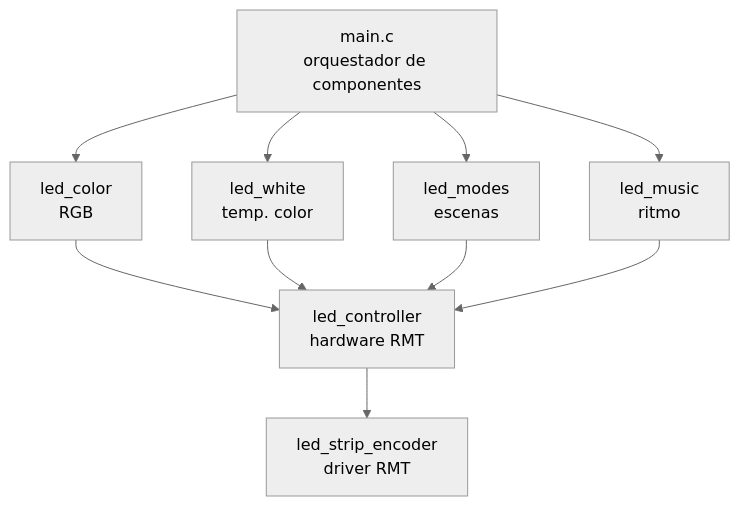
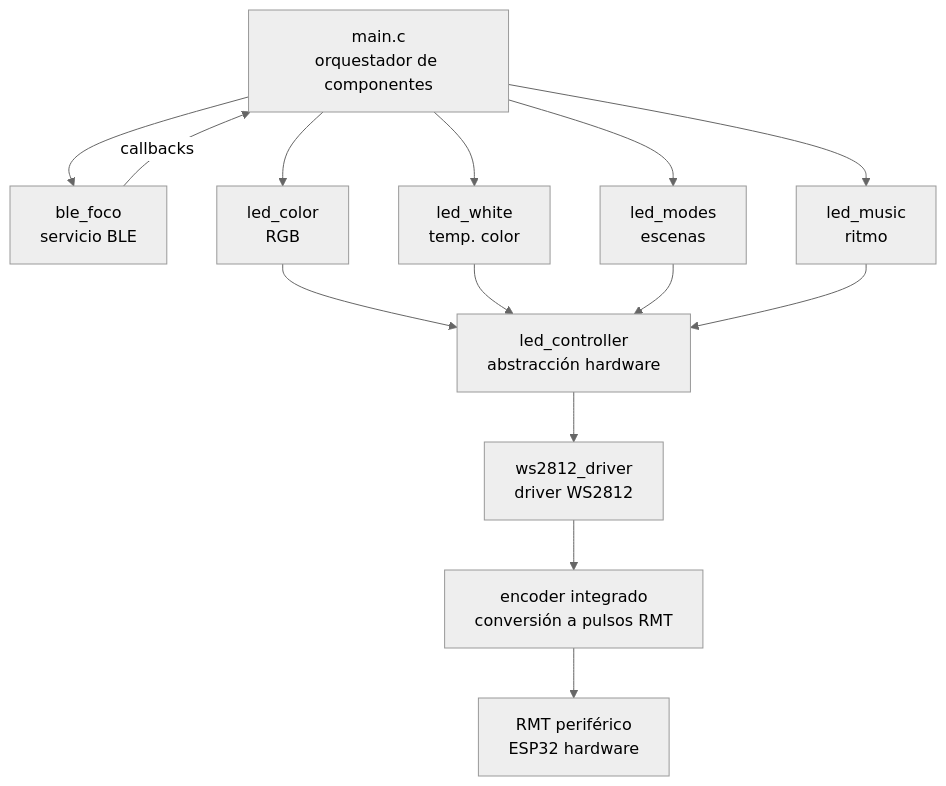
One commit to Rotronica/Lampara_Smart changed the diagram in README.md. Above: the diagram before and after it, drawn with Mermaid (neutral theme). The commit also changed other lines of this file and 12 other files, not shown here.

````diff
--- a/README.md
+++ b/README.md
@@ -29,14 +31,21 @@
 ```mermaid
 graph TD
-    main[main.c<br/>orquestador de componentes] --> color[led_color<br/>RGB]
+    main[main.c<br/>orquestador de componentes] --> ble[ble_foco<br/>servicio BLE]
+    main --> color[led_color<br/>RGB]
     main --> white[led_white<br/>temp. color]
     main --> modes[led_modes<br/>escenas]
     main --> music[led_music<br/>ritmo]
     
-    color --> controller[led_controller<br/>hardware RMT]
+    ble --> |callbacks| main
+    
+    color --> controller[led_controller<br/>abstracción hardware]
     white --> controller
     modes --> controller
     music --> controller
     
-    controller --> encoder[led_strip_encoder<br/>driver RMT]
+    controller --> driver[ws2812_driver<br/>driver WS2812]
+    
+    driver --> encoder[encoder integrado<br/>conversión a pulsos RMT]
+    
+    encoder --> rmt[RMT periférico<br/>ESP32 hardware]
 ```
````
